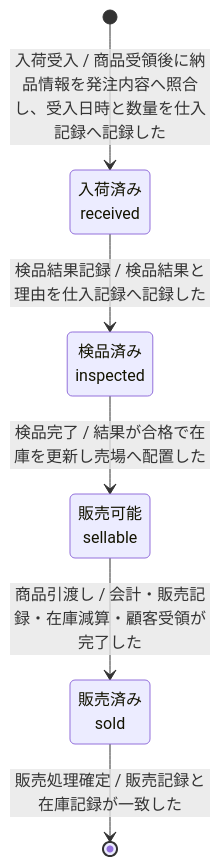
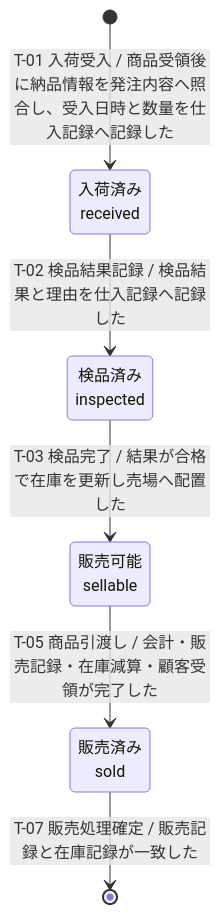
Before and after one commit to specdojo/specdojo: the first of 2 diagrams in docs/ja/specdojo/samples/stsd-sample.md, drawn with Mermaid. The commit also changed other lines of this file and 5 other files, not shown here.

````diff
--- a/docs/ja/specdojo/samples/stsd-sample.md
+++ b/docs/ja/specdojo/samples/stsd-sample.md
@@ -44,12 +48,12 @@
 ```mermaid
 stateDiagram-v2
   state "入荷済み<br>received" as received
   state "検品済み<br>inspected" as inspected
   state "販売可能<br>sellable" as sellable
   state "販売済み<br>sold" as sold
-  [*] --> received : 入荷受入 / 商品受領後に納品情報を発注内容へ照合し、受入日時と数量を仕入記録へ記録した
-  received --> inspected : 検品結果記録 / 検品結果と理由を仕入記録へ記録した
-  inspected --> sellable : 検品完了 / 結果が合格で在庫を更新し売場へ配置した
-  sellable --> sold : 商品引渡し / 会計・販売記録・在庫減算・顧客受領が完了した
-  sold --> [*] : 販売処理確定 / 販売記録と在庫記録が一致した
+  [*] --> received : T-01 入荷受入 / 商品受領後に納品情報を発注内容へ照合し、受入日時と数量を仕入記録へ記録した
+  received --> inspected : T-02 検品結果記録 / 検品結果と理由を仕入記録へ記録した
+  inspected --> sellable : T-03 検品完了 / 結果が合格で在庫を更新し売場へ配置した
+  sellable --> sold : T-05 商品引渡し / 会計・販売記録・在庫減算・顧客受領が完了した
+  sold --> [*] : T-07 販売処理確定 / 販売記録と在庫記録が一致した
 ```
````
